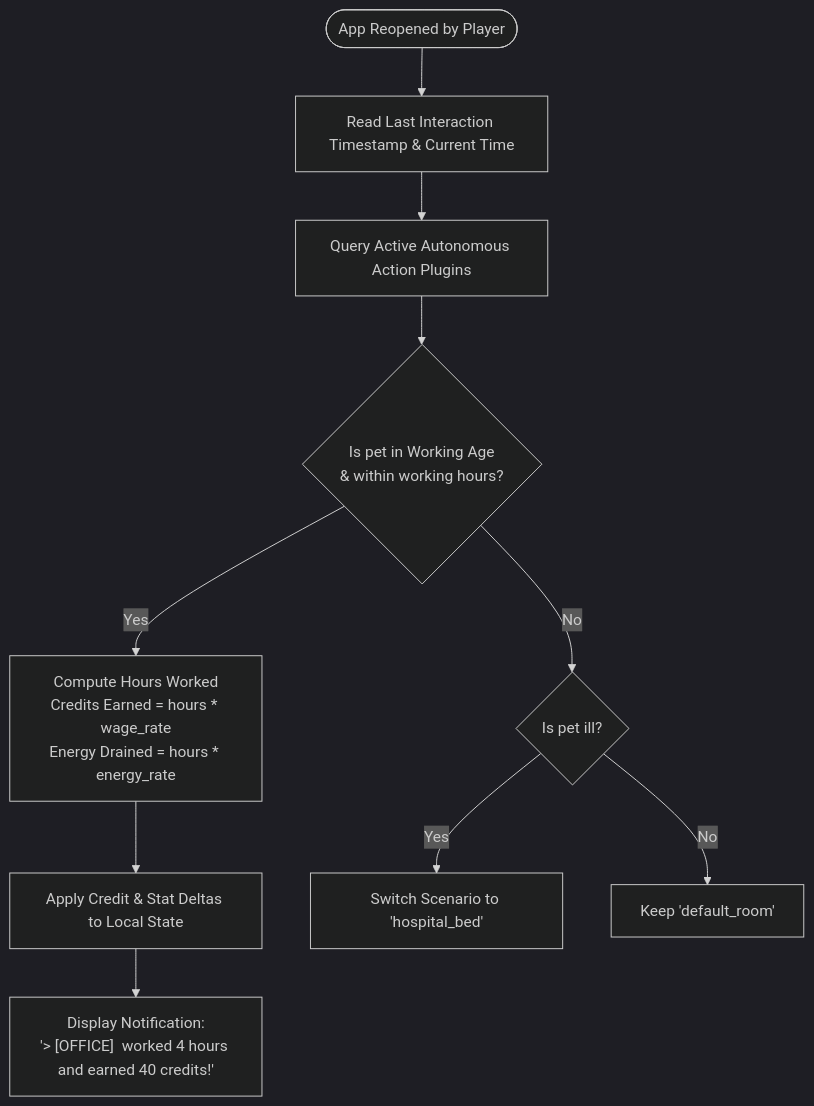
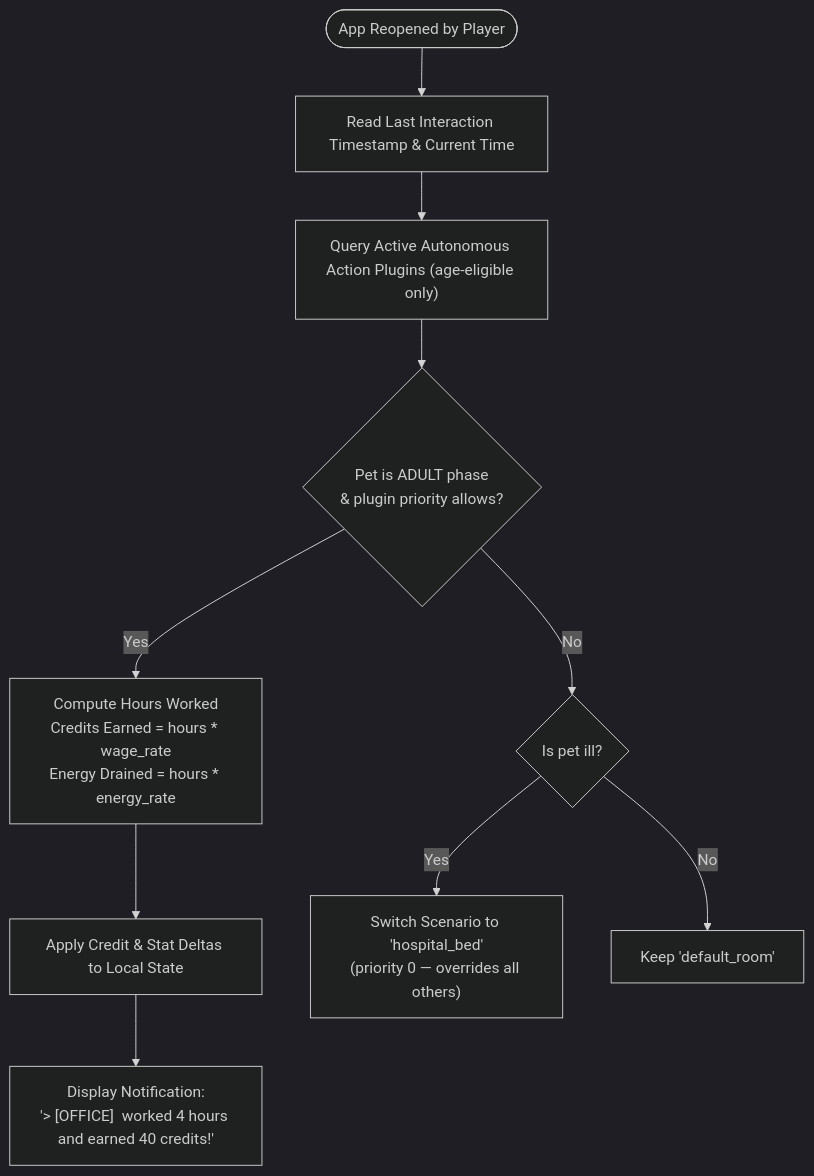
One commit to TheMrCorvy/HATCH.REF changed the diagram in Documentation/Plugins/03-non-user-triggered-actions.md. Above: the diagram before and after it, drawn with Mermaid (dark theme). The commit also changed other lines of this file and 4 other files, not shown here.

````diff
--- a/Documentation/Plugins/03-non-user-triggered-actions.md
+++ b/Documentation/Plugins/03-non-user-triggered-actions.md
@@ -14,15 +14,15 @@
 ```mermaid
 flowchart TD
     AppResume([App Reopened by Player]) --> ReadTimestamps["Read Last Interaction Timestamp & Current Time"]
-    ReadTimestamps --> CheckAutoActions["Query Active Autonomous Action Plugins"]
+    ReadTimestamps --> CheckAutoActions["Query Active Autonomous Action Plugins (age-eligible only)"]
 
-    CheckAutoActions --> EvalWork{"Is pet in Working Age\n& within working hours?"}
+    CheckAutoActions --> EvalWork{"Pet is ADULT phase\n& plugin priority allows?"}
     EvalWork -->|Yes| CalcWork["Compute Hours Worked\nCredits Earned = hours * wage_rate\nEnergy Drained = hours * energy_rate"]
     EvalWork -->|No| CheckSick{"Is pet ill?"}
 
     CalcWork --> UpdateStats["Apply Credit & Stat Deltas to Local State"]
-    CheckSick -->|Yes| SetHospital["Switch Scenario to 'hospital_bed'"]
+    CheckSick -->|Yes| SetHospital["Switch Scenario to 'hospital_bed'\n(priority 0 — overrides all others)"]
     CheckSick -->|No| NormalRoom["Keep 'default_room'"]
 
     UpdateStats --> ShowSummary["Display Notification:\n'> [OFFICE] <pet> worked 4 hours and earned 40 credits!'"]
 ```
````
